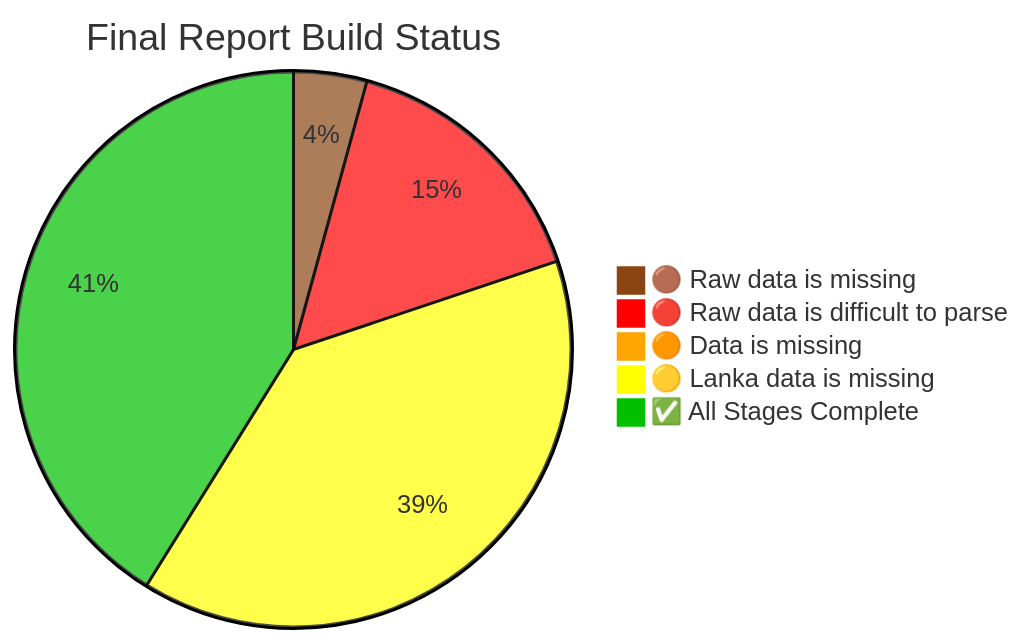
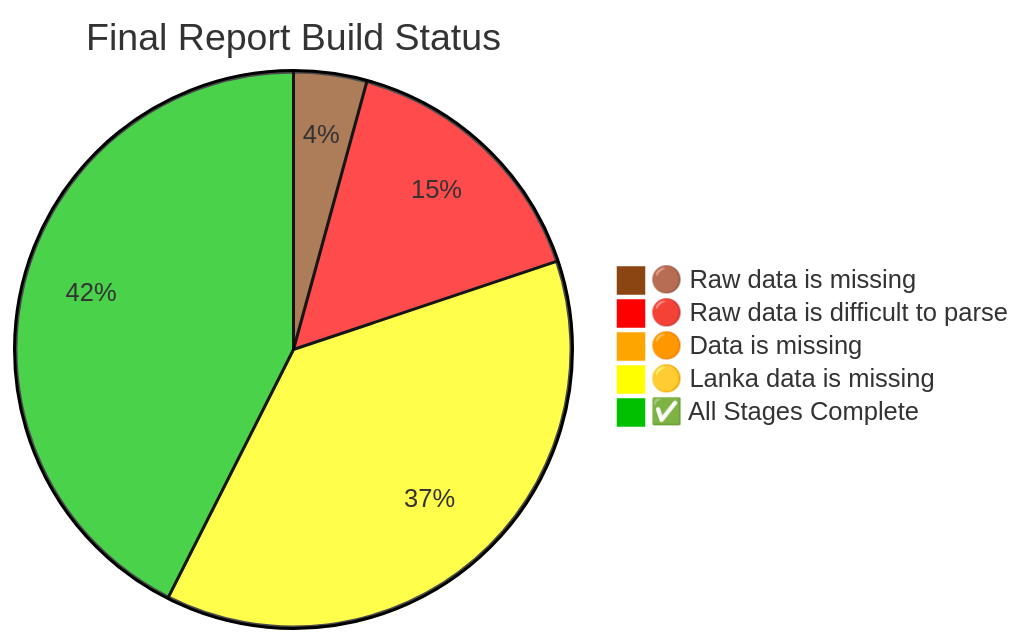
One commit to nuuuwan/lk_census_2024 changed the diagram in README.md. Above: the diagram before and after it, drawn with Mermaid. The commit also changed other lines of this file and 13 other files, not shown here.

Commit message:
Update data structures and add lanka_data.json for 2024, including changes to economic activity and marriage age statistics

````diff
--- a/README.md
+++ b/README.md
@@ -220,9 +220,9 @@
 ```mermaid
 %%{init: {"theme": "base", "themeVariables": {"pie1": "#8B4513", "pie2": "#FF0000", "pie3": "#FFA500", "pie4": "#FFFF00", "pie5": "#00c000"}}}%%
 pie title Final Report Build Status
 "🟤 Raw data is missing" : 6
     "🔴 Raw data is difficult to parse" : 22
     "🟠 Data is missing" : 1
-    "🟡 Lanka data is missing" : 55
-    "✅ All Stages Complete" : 58
+    "🟡 Lanka data is missing" : 53
+    "✅ All Stages Complete" : 60
 ```
````
